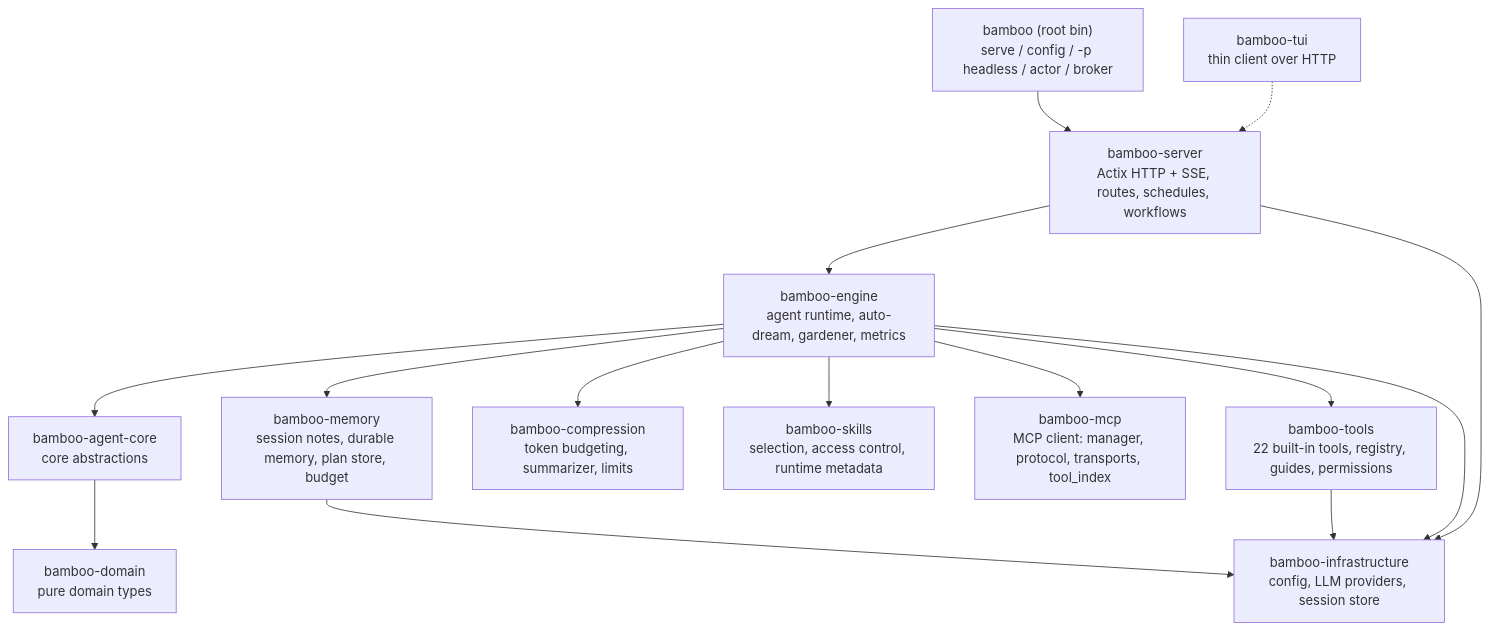
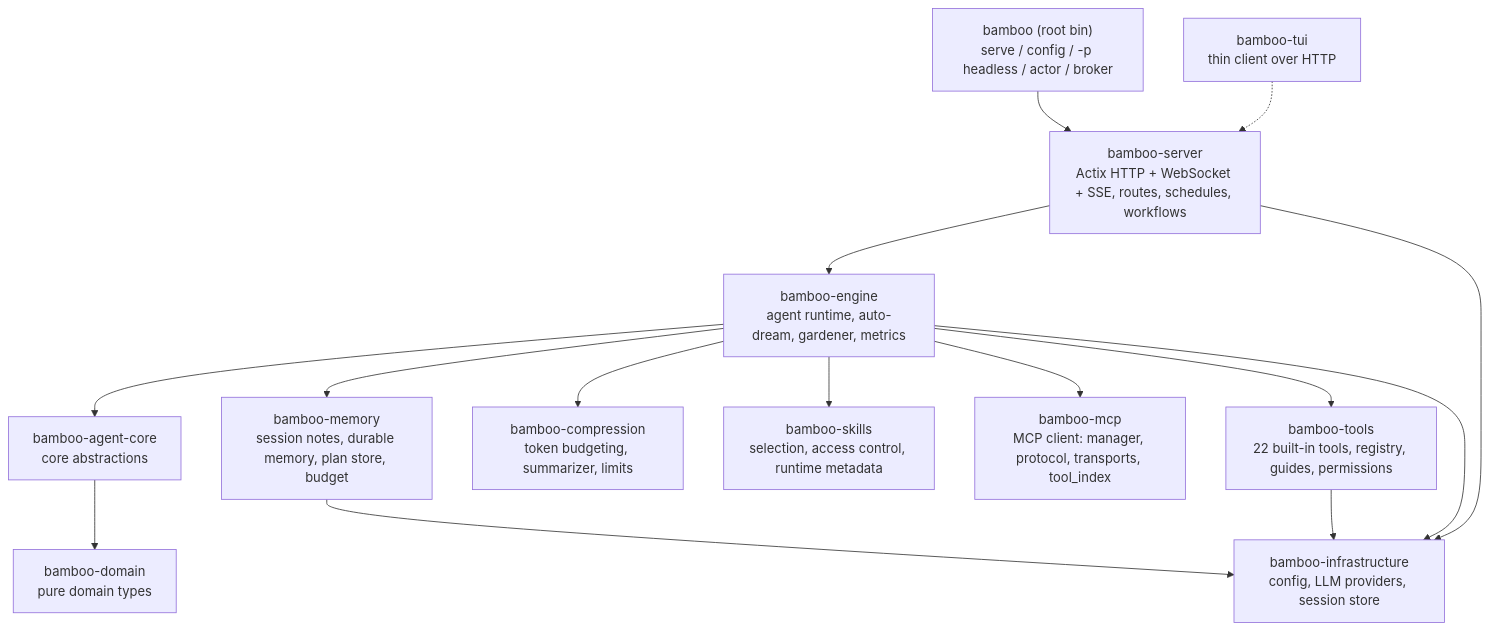
The diagram in README.zh-CN.md (bigduu/Bamboo-agent), drawn with Mermaid before and after one commit. The commit also changed other lines of this file and 1 other file, not shown here.

````diff
--- a/README.zh-CN.md
+++ b/README.zh-CN.md
@@ -49,17 +49,17 @@
 ```mermaid
 graph TD
-  CLI["bamboo (root bin)<br/>serve / config / -p headless / actor / broker"] --> SRV[bamboo-server<br/>Actix HTTP + SSE, routes, schedules, workflows]
+  CLI["bamboo (root bin)<br/>serve / config / -p headless / actor / broker"] --> SRV[bamboo-server<br/>Actix HTTP + WebSocket + SSE, routes, schedules, workflows]
   SRV --> ENG[bamboo-engine<br/>agent runtime, auto-dream, gardener, metrics]
   ENG --> CORE[bamboo-agent-core<br/>core abstractions]
   CORE --> DOM[bamboo-domain<br/>pure domain types]
   ENG --> MEM[bamboo-memory<br/>session notes, durable memory, plan store, budget]
   ENG --> CMP[bamboo-compression<br/>token budgeting, summarizer, limits]
   ENG --> SKILLS[bamboo-skills<br/>selection, access control, runtime metadata]
   ENG --> MCP[bamboo-mcp<br/>MCP client: manager, protocol, transports, tool_index]
   ENG --> TOOLS[bamboo-tools<br/>22 built-in tools, registry, guides, permissions]
   ENG --> INFRA[bamboo-infrastructure<br/>config, LLM providers, session store]
   SRV --> INFRA
   TOOLS --> INFRA
   MEM --> INFRA
   CLI2["bamboo-tui<br/>thin client over HTTP"] -.-> SRV
 ```
````
